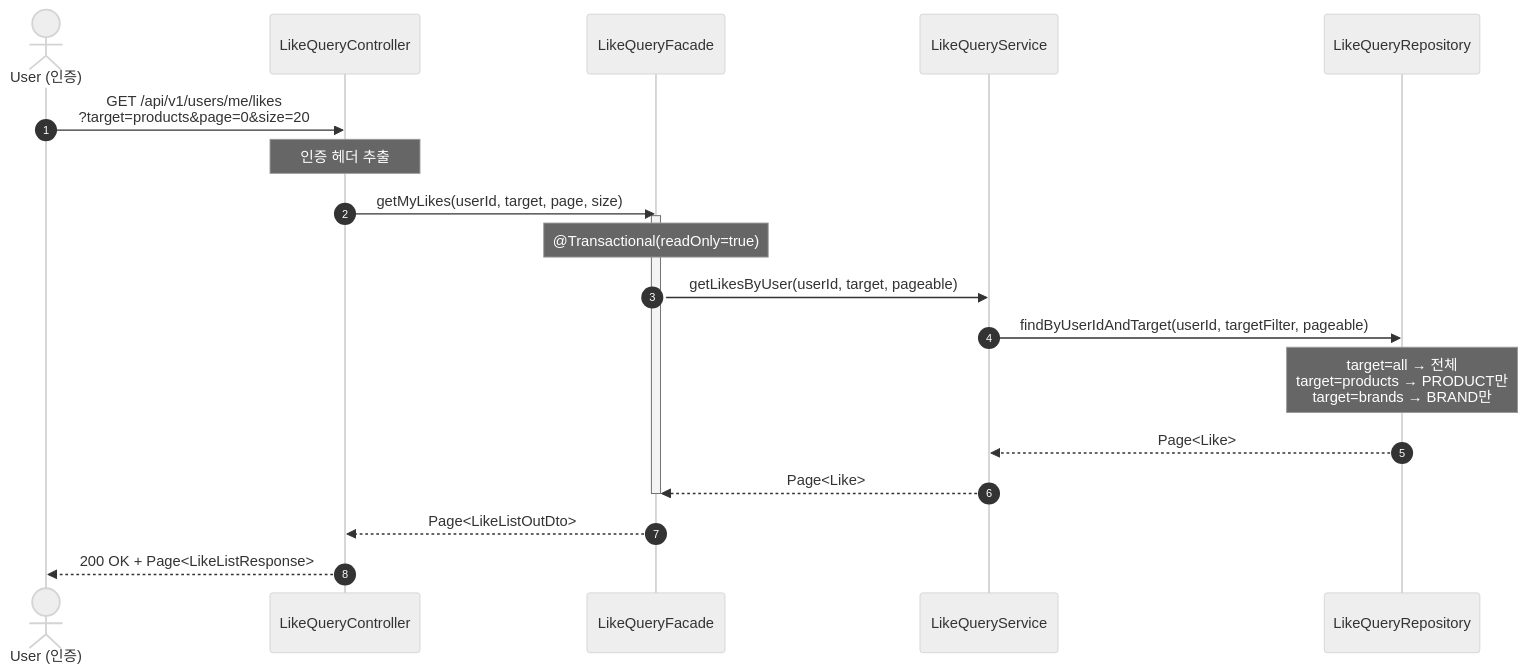
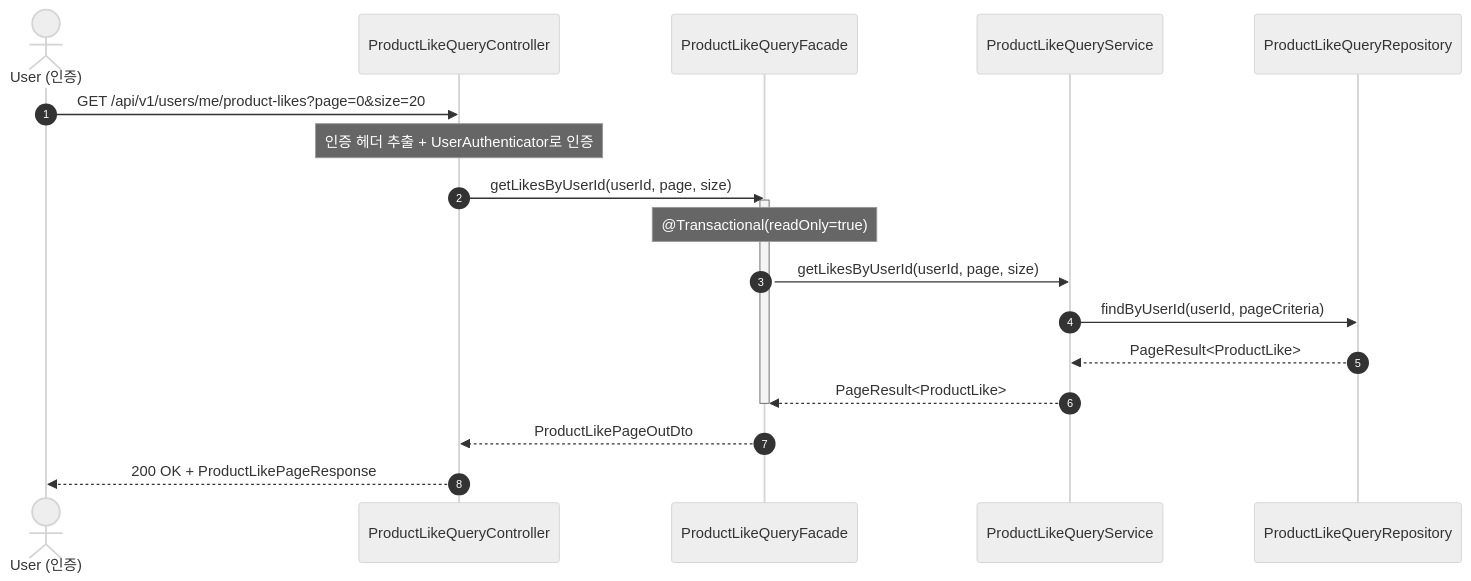
One commit to Hwan0518/loop-pack-be-l2-vol3-java changed diagram 16 of 30 in docs/design/02-sequence-diagrams.md. Above: the diagram before and after it, drawn with Mermaid (neutral theme). The commit also changed other lines of this file and 474 other files, not shown here.

````diff
--- a/docs/design/02-sequence-diagrams.md
+++ b/docs/design/02-sequence-diagrams.md
@@ -709,25 +860,24 @@
 ```mermaid
 sequenceDiagram
     autonumber
     actor User as User (인증)
-    participant Controller as LikeQueryController
-    participant Facade as LikeQueryFacade
-    participant Service as LikeQueryService
-    participant Repository as LikeQueryRepository
+    participant Controller as ProductLikeQueryController
+    participant Facade as ProductLikeQueryFacade
+    participant Service as ProductLikeQueryService
+    participant Repository as ProductLikeQueryRepository
 
-    User->>Controller: GET /api/v1/users/me/likes<br/>?target=products&page=0&size=20
-    Note over Controller: 인증 헤더 추출
-    Controller->>Facade: getMyLikes(userId, target, page, size)
+    User->>Controller: GET /api/v1/users/me/product-likes?page=0&size=20
+    Note over Controller: 인증 헤더 추출 + UserAuthenticator로 인증
+    Controller->>Facade: getLikesByUserId(userId, page, size)
     activate Facade
     Note over Facade: @Transactional(readOnly=true)
 
-    Facade->>Service: getLikesByUser(userId, target, pageable)
-    Service->>Repository: findByUserIdAndTarget(userId, targetFilter, pageable)
-    Note over Repository: target=all → 전체<br/>target=products → PRODUCT만<br/>target=brands → BRAND만
-    Repository-->>Service: Page<Like>
-    Service-->>Facade: Page<Like>
+    Facade->>Service: getLikesByUserId(userId, page, size)
+    Service->>Repository: findByUserId(userId, pageCriteria)
+    Repository-->>Service: PageResult<ProductLike>
+    Service-->>Facade: PageResult<ProductLike>
 
     deactivate Facade
-    Facade-->>Controller: Page<LikeListOutDto>
-    Controller-->>User: 200 OK + Page<LikeListResponse>
+    Facade-->>Controller: ProductLikePageOutDto
+    Controller-->>User: 200 OK + ProductLikePageResponse
 ```
````
